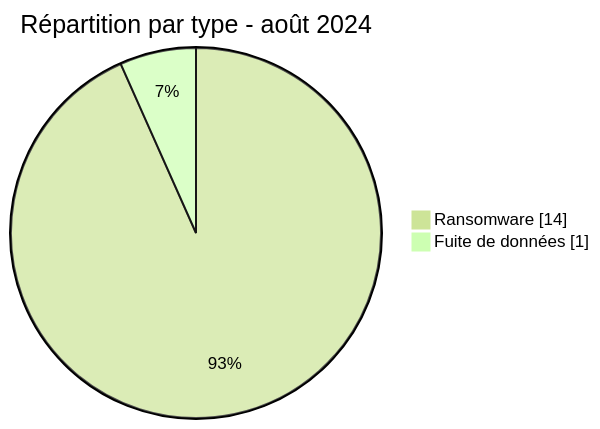
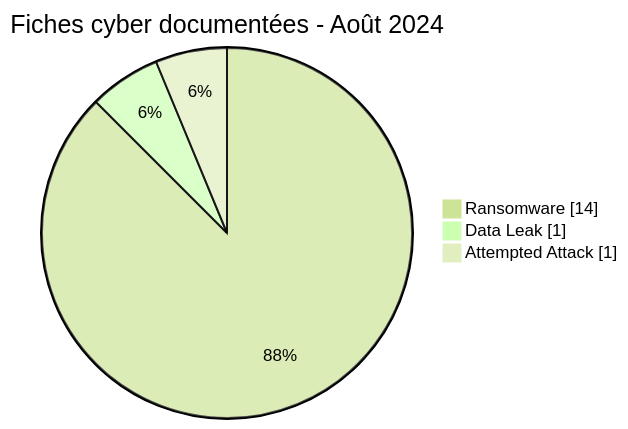
The first of 3 diagrams in CyberAttackAfrica/2024/08-august/README_FR.md (Hatchepsoute/AFRINTEL), drawn with Mermaid (forest theme) before and after one commit. The commit also changed other lines of this file and 60 other files, not shown here.

````diff
--- a/CyberAttackAfrica/2024/08-august/README_FR.md
+++ b/CyberAttackAfrica/2024/08-august/README_FR.md
@@ -56,6 +58,7 @@
 ```mermaid
 pie showData
-    title Répartition par type - août 2024
+    title Fiches cyber documentées - Août 2024
     "Ransomware" : 14
-    "Fuite de données" : 1
+    "Data Leak" : 1
+    "Attempted Attack" : 1
 ```
````
